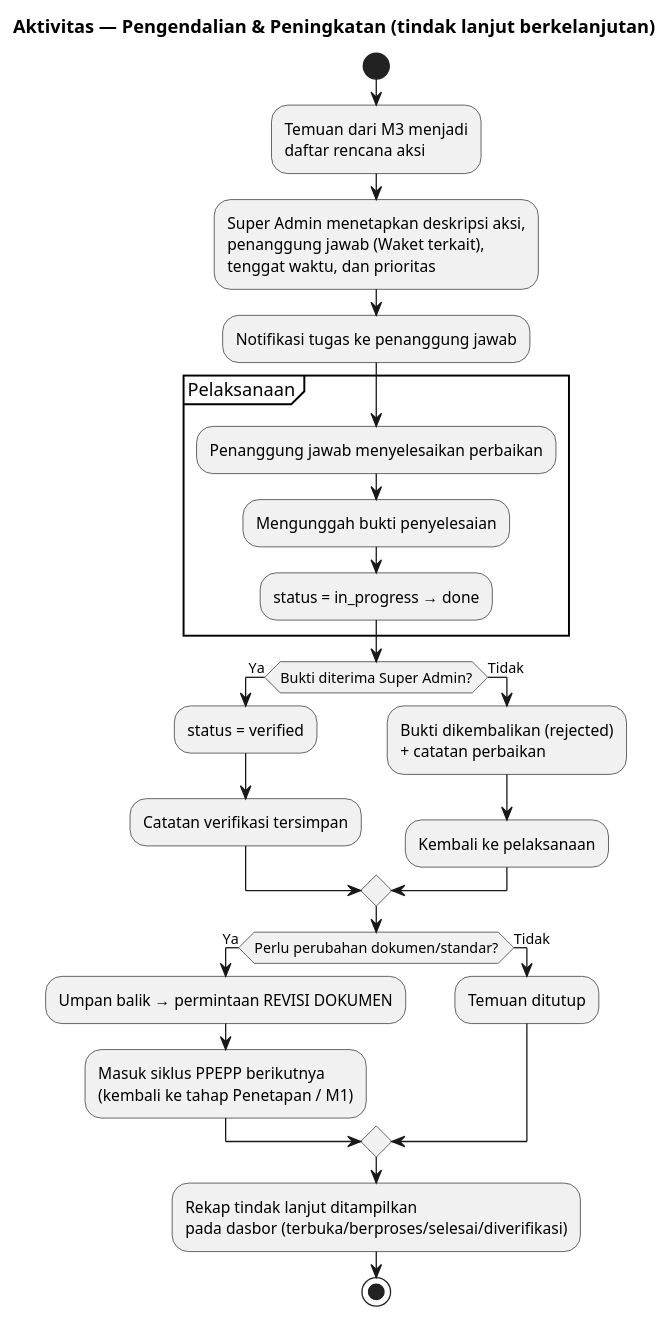
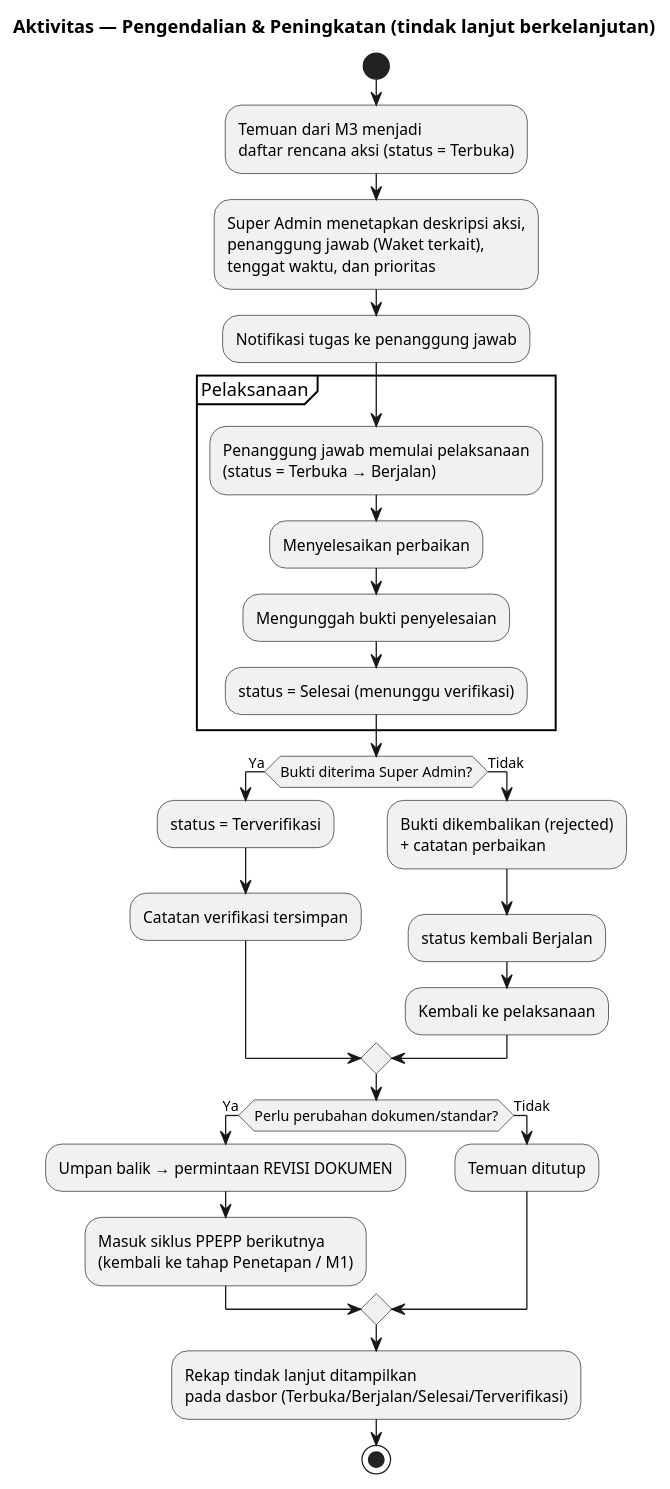
One commit to Gias-Wijaya/spmi-siklus-ppepp changed the third of 4 diagrams in sistem/desain/05-activity-diagram.md. Above: the diagram before and after it, drawn with PlantUML. The commit also changed other lines of this file and 52 other files, not shown here.

````diff
--- a/sistem/desain/05-activity-diagram.md
+++ b/sistem/desain/05-activity-diagram.md
@@ -101,40 +93,43 @@
 ```plantuml
 @startuml
 title Aktivitas — Pengendalian & Peningkatan (tindak lanjut berkelanjutan)
 start
 :Temuan dari M3 menjadi
-daftar rencana aksi;
+daftar rencana aksi (status = Terbuka);
 
 :Super Admin menetapkan deskripsi aksi,
 penanggung jawab (Waket terkait),
 tenggat waktu, dan prioritas;
 :Notifikasi tugas ke penanggung jawab;
 
 partition "Pelaksanaan" {
-  :Penanggung jawab menyelesaikan perbaikan;
+  :Penanggung jawab memulai pelaksanaan
+  (status = Terbuka → Berjalan);
+  :Menyelesaikan perbaikan;
   :Mengunggah bukti penyelesaian;
-  :status = in_progress → done;
+  :status = Selesai (menunggu verifikasi);
 }
 
 if (Bukti diterima Super Admin?) then (Ya)
-  :status = verified;
+  :status = Terverifikasi;
   :Catatan verifikasi tersimpan;
 else (Tidak)
   :Bukti dikembalikan (rejected)
   + catatan perbaikan;
+  :status kembali Berjalan;
   :Kembali ke pelaksanaan;
 endif
 
 if (Perlu perubahan dokumen/standar?) then (Ya)
   :Umpan balik → permintaan REVISI DOKUMEN;
   :Masuk siklus PPEPP berikutnya
   (kembali ke tahap Penetapan / M1);
 else (Tidak)
   :Temuan ditutup;
 endif
 
 :Rekap tindak lanjut ditampilkan
-pada dasbor (terbuka/berproses/selesai/diverifikasi);
+pada dasbor (Terbuka/Berjalan/Selesai/Terverifikasi);
 stop
 @enduml
 ```
````
